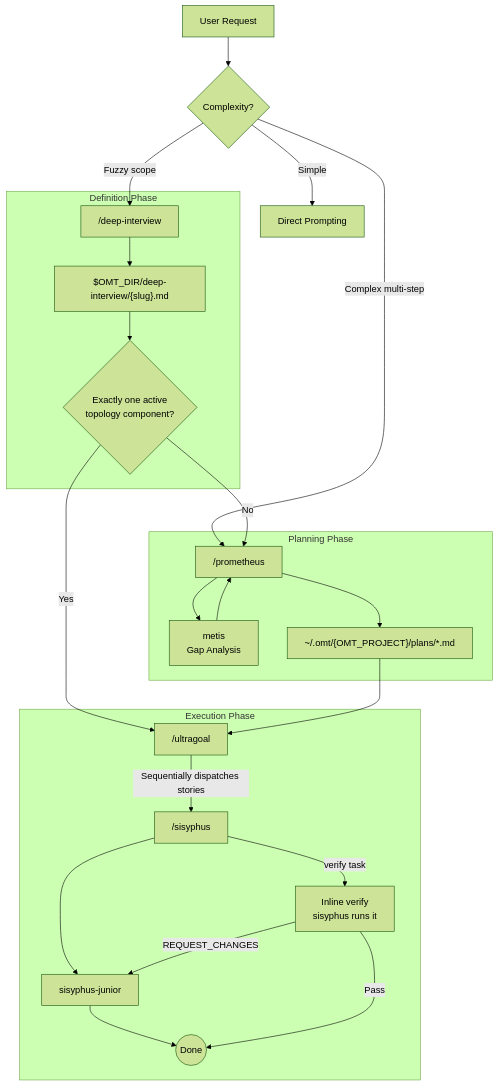
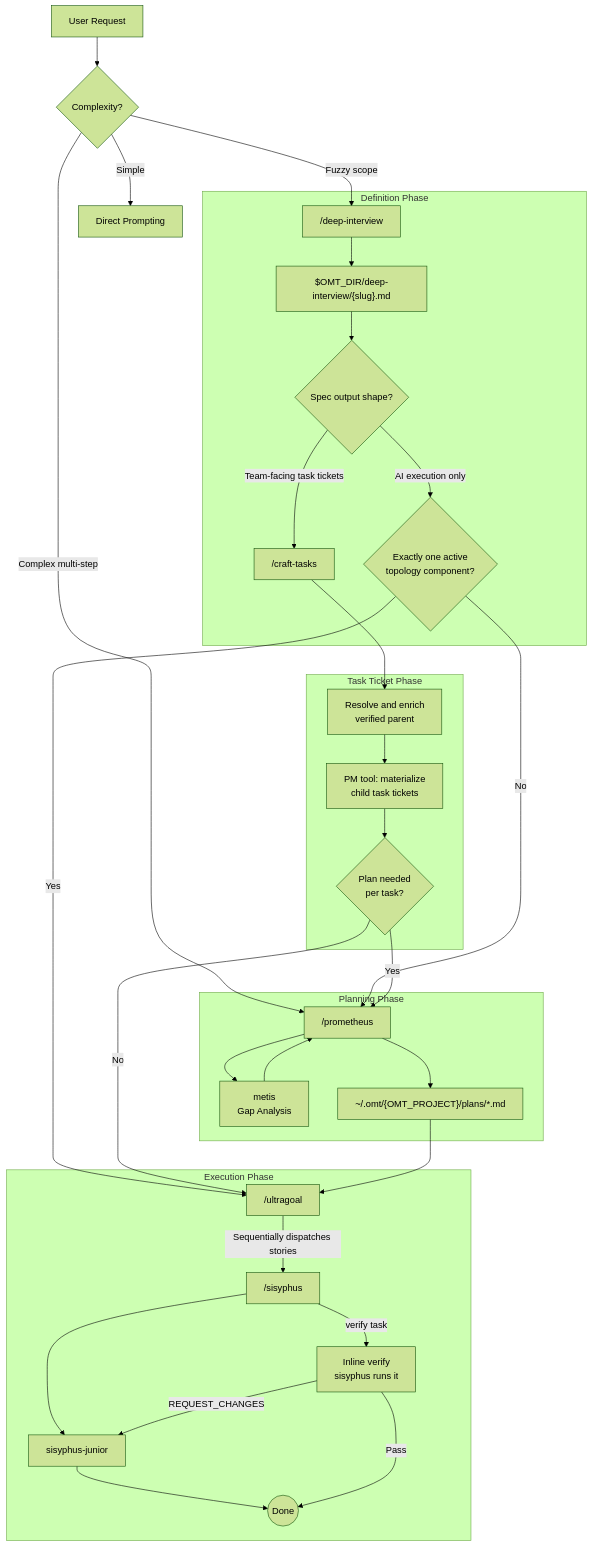
The diagram in docs/ORCHESTRATION.en.md (toongri/oh-my-toong-playground), drawn with Mermaid (forest theme) before and after one commit. The commit also changed other lines of this file and 1 other file, not shown here.

````diff
--- a/docs/ORCHESTRATION.en.md
+++ b/docs/ORCHESTRATION.en.md
@@ -51,31 +59,41 @@
 ```mermaid
 flowchart TD
     User[User Request] --> Decision{Complexity?}
 
     Decision -->|Simple| Direct[Direct Prompting]
     Decision -->|Fuzzy scope| DeepInterview["/deep-interview"]
     Decision -->|Complex multi-step| Prometheus
 
     subgraph Definition Phase
         DeepInterview --> SpecFile["$OMT_DIR/deep-interview/{slug}.md"]
-        SpecFile --> Route{Exactly one active<br/>topology component?}
+        SpecFile --> Output{Spec output shape?}
+        Output -->|Team-facing task tickets| CraftTasks["/craft-tasks"]
+        Output -->|AI execution only| Route{Exactly one active<br/>topology component?}
+    end
+
+    subgraph Task Ticket Phase
+        CraftTasks --> Parent["Resolve and enrich<br/>verified parent"]
+        Parent --> ChildTickets["PM tool: materialize<br/>child task tickets"]
+        ChildTickets --> TaskPlan{Plan needed<br/>per task?}
     end
 
     subgraph Planning Phase
         Route -->|No| Prometheus["/prometheus"]
+        TaskPlan -->|Yes| Prometheus
         Prometheus --> Metis[metis<br/>Gap Analysis]
         Metis --> Prometheus
         Prometheus --> PlanFile["~/.omt/{OMT_PROJECT}/plans/*.md"]
     end
 
     subgraph Execution Phase
         Route -->|Yes| Ultragoal["/ultragoal"]
+        TaskPlan -->|No| Ultragoal
         PlanFile --> Ultragoal
         Ultragoal -->|Sequentially dispatches stories| Sisyphus["/sisyphus"]
         Sisyphus --> Junior[sisyphus-junior]
         Junior --> Done((Done))
         Sisyphus -->|verify task| QA[Inline verify<br/>sisyphus runs it]
         QA -->|Pass| Done
         QA -->|REQUEST_CHANGES| Junior
     end
 ```
````
